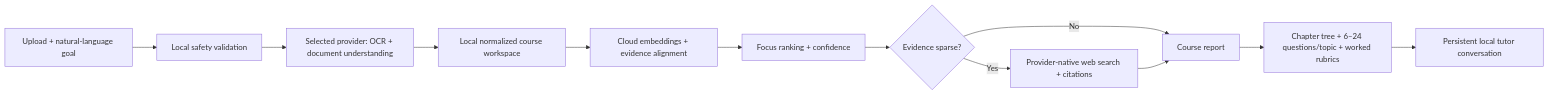
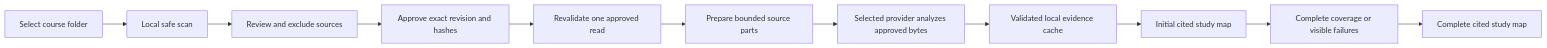
Before and after one commit to LucasGuoyl/ExamSage: the diagram in README.md, drawn with Mermaid. The commit also changed other lines of this file and 35 other files, not shown here.

Commit message:
feat: complete multimodal evidence engine

````diff
--- a/README.md
+++ b/README.md
@@ -67,14 +45,13 @@
 ```mermaid
 flowchart LR
-    A["Upload + natural-language goal"] --> B["Local safety validation"]
-    B --> C["Selected provider: OCR + document understanding"]
-    C --> D["Local normalized course workspace"]
-    D --> E["Cloud embeddings + evidence alignment"]
-    E --> F["Focus ranking + confidence"]
-    F --> G{"Evidence sparse?"}
-    G -- Yes --> H["Provider-native web search + citations"]
-    G -- No --> I["Course report"]
-    H --> I
-    I --> J["Chapter tree + 6–24 questions/topic + worked rubrics"]
-    J --> K["Persistent local tutor conversation"]
+    A["Select course folder"] --> B["Local safe scan"]
+    B --> C["Review and exclude sources"]
+    C --> D["Approve exact revision and hashes"]
+    D --> E["Revalidate one approved read"]
+    E --> F["Prepare bounded source parts"]
+    F --> G["Selected provider analyzes approved bytes"]
+    G --> H["Validated local evidence cache"]
+    H --> I["Initial cited study map"]
+    I --> J["Complete coverage or visible failures"]
+    J --> K["Complete cited study map"]
 ```
````
